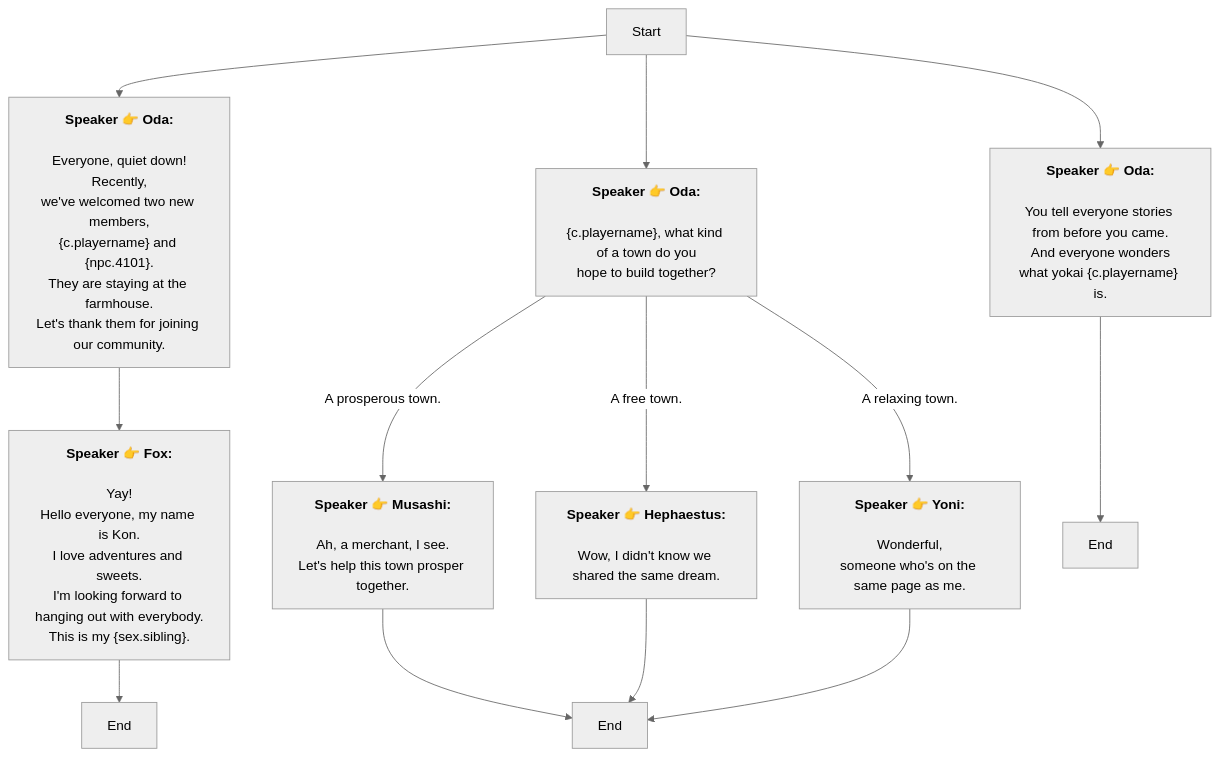
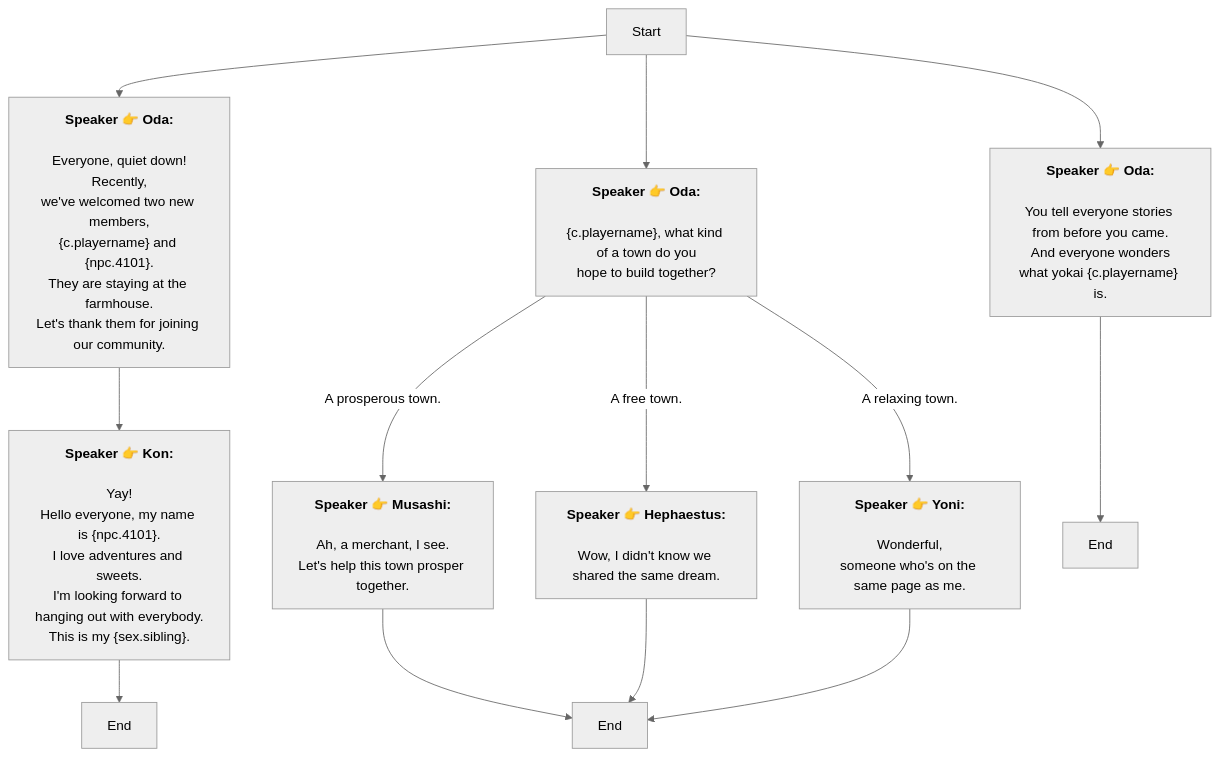
Before and after one commit to SoftHu/tos_avg: the diagram in En/MainStory_dialogue_02.md, drawn with Mermaid (neutral theme). The commit also changed 730 other files, not shown here.

````diff
--- a/En/MainStory_dialogue_02.md
+++ b/En/MainStory_dialogue_02.md
@@ -1,33 +1,33 @@
 ```mermaid
 graph
 Start -->1758978700966534[<b>Speaker 👉 Oda:</b>
 \nEveryone, quiet down!\nRecently,
 we've welcomed two new members,
 &lbrace;c.playername&rbrace; and &lbrace;npc.4101&rbrace;.\nThey are staying at the farmhouse.
 Let's thank them for joining our community.]
-1758978700966534 -->1758988547395240[<b>Speaker 👉 Fox:</b>
+1758978700966534 -->1758988547395240[<b>Speaker 👉 Kon:</b>
 \nYay!
-Hello everyone, my name is Kon.
+Hello everyone, my name is &lbrace;npc.4101&rbrace;.
 I love adventures and sweets.\nI'm looking forward to hanging out with everybody.
 This is my &lbrace;sex.sibling&rbrace;.]
 1758988547395240 -->1758988331295399[End]
 Start -->1758987591518858[<b>Speaker 👉 Oda:</b>
 \n&lbrace;c.playername&rbrace;, what kind of a town do you
 hope to build together?]
 1758987591518858 -->|A relaxing town.|1758987694775956[<b>Speaker 👉 Yoni:</b>
 \nWonderful,
 someone who's on the same page as me.]
 1758987591518858 -->|A free town.|1758987690209939[<b>Speaker 👉 Hephaestus:</b>
 \nWow, I didn't know we shared the same dream.]
 1758987591518858 -->|A prosperous town.|1758987649910418[<b>Speaker 👉 Musashi:</b>
 \nAh, a merchant, I see.
 Let's help this town prosper together.]
 1758987649910418 -->1758987782295191[End]
 1758987690209939 -->1758987782295191[End]
 1758987694775956 -->1758987782295191[End]
 Start -->1758989698507443[<b>Speaker 👉 Oda:</b>
 \nYou tell everyone stories from before you came.\nAnd everyone wonders
 what yokai &lbrace;c.playername&rbrace; is.]
 1758989698507443 -->1758989730576052[End]
 
 ```
````
